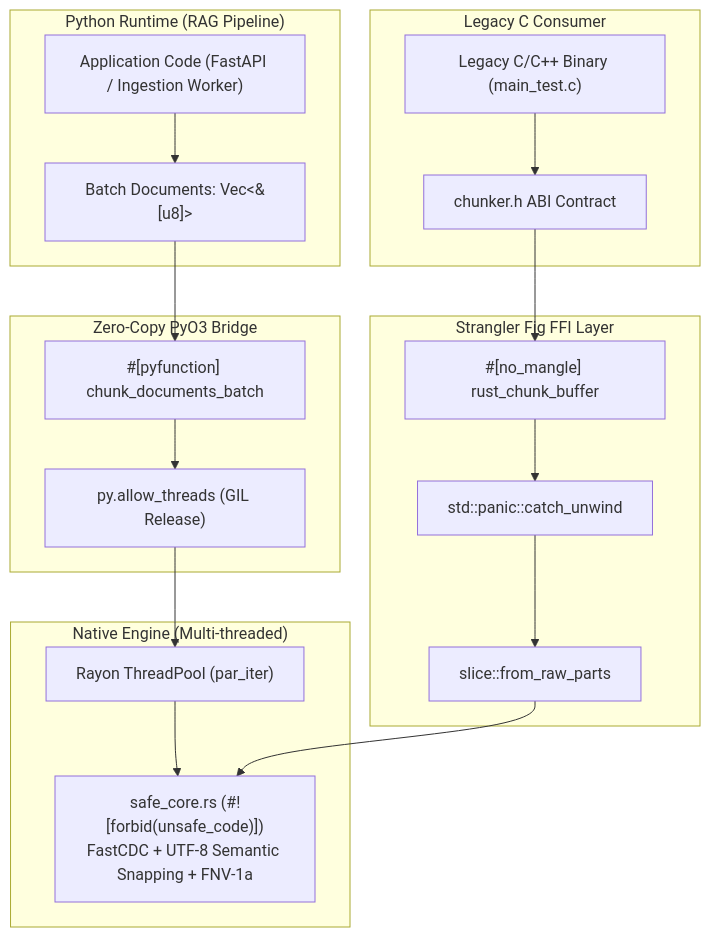
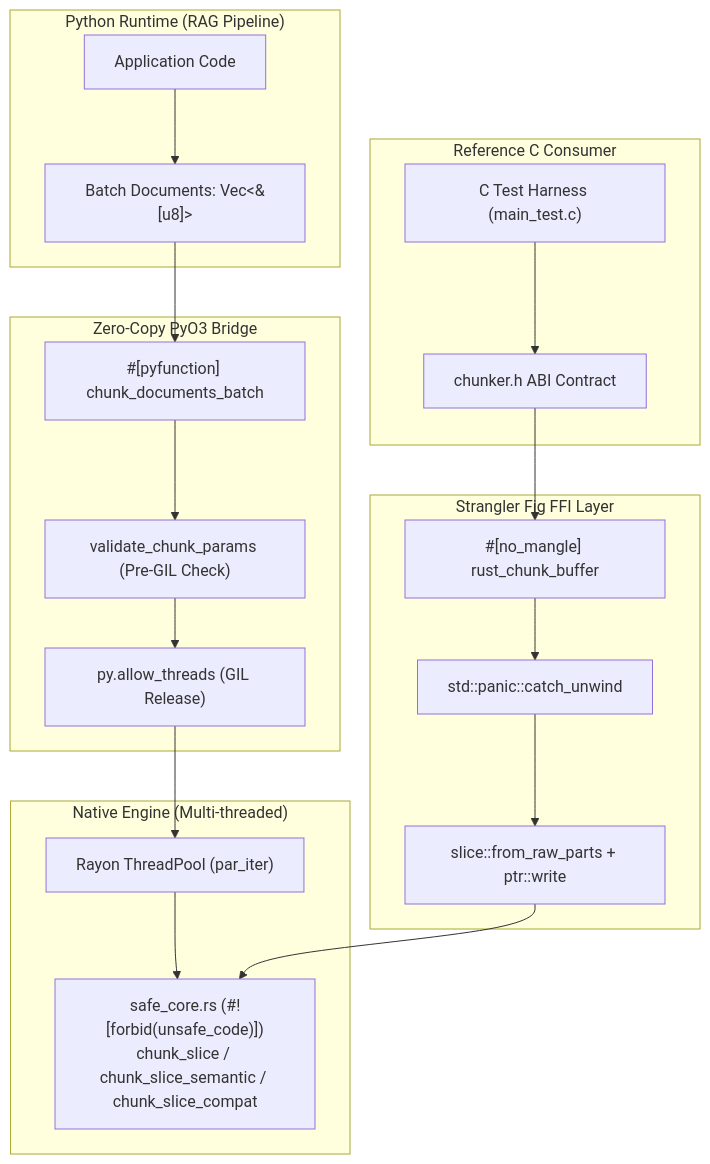
The second of 3 diagrams in README.md (mjlelis/fast-rag-chunker), drawn with Mermaid before and after one commit. The commit also changed other lines of this file and 19 other files, not shown here.

````diff
--- a/README.md
+++ b/README.md
@@ -88,40 +88,42 @@
 ```mermaid
 flowchart TD
     subgraph PythonLayer["Python Runtime (RAG Pipeline)"]
-        PyApp["Application Code (FastAPI / Ingestion Worker)"]
+        PyApp["Application Code"]
         PyDocs["Batch Documents: Vec<&[u8]>"]
     end
 
     subgraph PyO3Layer["Zero-Copy PyO3 Bridge"]
         PyFunc["#[pyfunction] chunk_documents_batch"]
+        Validate["validate_chunk_params (Pre-GIL Check)"]
         AllowThreads["py.allow_threads (GIL Release)"]
     end
 
     subgraph RustLayer["Native Engine (Multi-threaded)"]
         Rayon["Rayon ThreadPool (par_iter)"]
-        SafeCore["safe_core.rs (#![forbid(unsafe_code)])<br/>FastCDC + UTF-8 Semantic Snapping + FNV-1a"]
+        SafeCore["safe_core.rs (#![forbid(unsafe_code)])<br/>chunk_slice / chunk_slice_semantic / chunk_slice_compat"]
     end
 
     subgraph FFISanitizer["Strangler Fig FFI Layer"]
         CABI["#[no_mangle] rust_chunk_buffer"]
         CatchUnwind["std::panic::catch_unwind"]
-        SliceConv["slice::from_raw_parts"]
+        PtrWrite["slice::from_raw_parts + ptr::write"]
     end
 
-    subgraph LegacyC["Legacy C Consumer"]
-        CApp["Legacy C/C++ Binary (main_test.c)"]
+    subgraph LegacyC["Reference C Consumer"]
+        CApp["C Test Harness (main_test.c)"]
         CHeader["chunker.h ABI Contract"]
     end
 
     PyApp --> PyDocs
     PyDocs --> PyFunc
-    PyFunc --> AllowThreads
+    PyFunc --> Validate
+    Validate --> AllowThreads
     AllowThreads --> Rayon
     Rayon --> SafeCore
 
     CApp --> CHeader
     CHeader --> CABI
     CABI --> CatchUnwind
-    CatchUnwind --> SliceConv
-    SliceConv --> SafeCore
+    CatchUnwind --> PtrWrite
+    PtrWrite --> SafeCore
 ```
````
